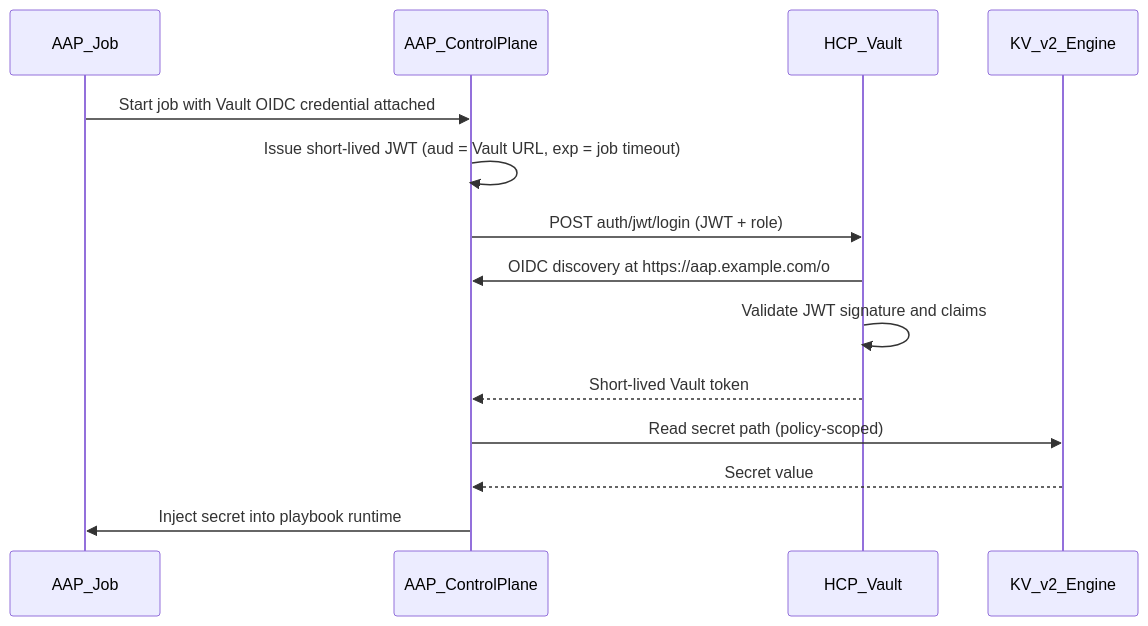
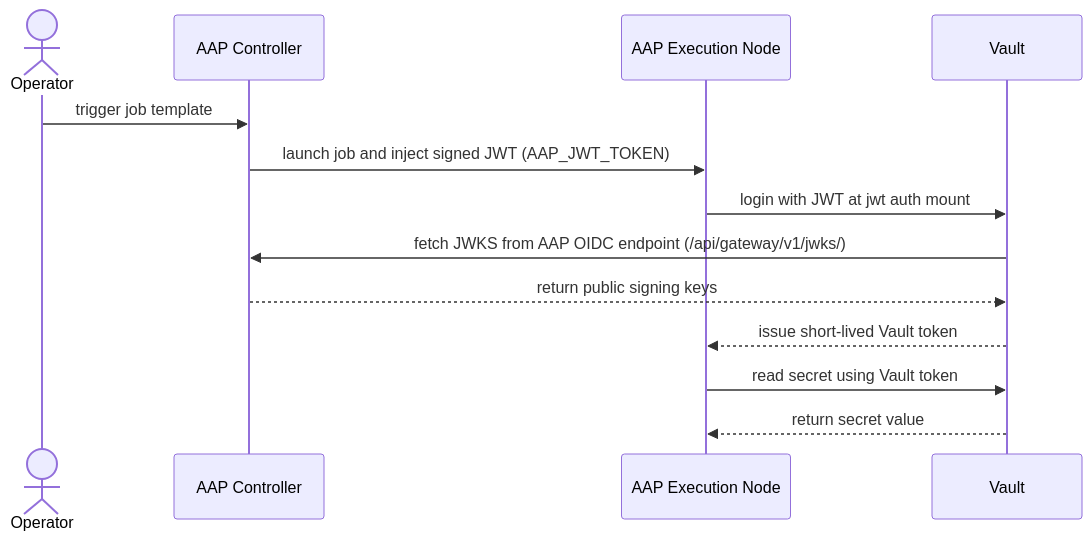
One commit to advanced-architecture/aap-vault-oidc-integration changed the diagram in .github/.agents/plan.md. Above: the diagram before and after it, drawn with Mermaid. The commit also changed other lines of this file and 6 other files, not shown here.

````diff
--- a/.github/.agents/plan.md
+++ b/.github/.agents/plan.md
@@ -29,17 +65,16 @@
 ```mermaid
 sequenceDiagram
-    participant Job as AAP_Job
-    participant AAP as AAP_ControlPlane
-    participant Vault as HCP_Vault
-    participant KV as KV_v2_Engine
+    actor Operator
+    participant Controller as AAP Controller
+    participant ExecNode as AAP Execution Node
+    participant Vault
 
-    Job->>AAP: Start job with Vault OIDC credential attached
-    AAP->>AAP: Issue short-lived JWT (aud = Vault URL, exp = job timeout)
-    AAP->>Vault: POST auth/jwt/login (JWT + role)
-    Vault->>AAP: OIDC discovery at https://aap.example.com/o
-    Vault->>Vault: Validate JWT signature and claims
-    Vault-->>AAP: Short-lived Vault token
-    AAP->>KV: Read secret path (policy-scoped)
-    KV-->>AAP: Secret value
-    AAP->>Job: Inject secret into playbook runtime
+    Operator->>Controller: trigger job template
+    Controller->>ExecNode: launch job and inject signed JWT (AAP_JWT_TOKEN)
+    ExecNode->>Vault: login with JWT at jwt auth mount
+    Vault->>Controller: fetch JWKS from AAP OIDC endpoint (/api/gateway/v1/jwks/)
+    Controller-->>Vault: return public signing keys
+    Vault-->>ExecNode: issue short-lived Vault token
+    ExecNode->>Vault: read secret using Vault token
+    Vault-->>ExecNode: return secret value
 ```
````
